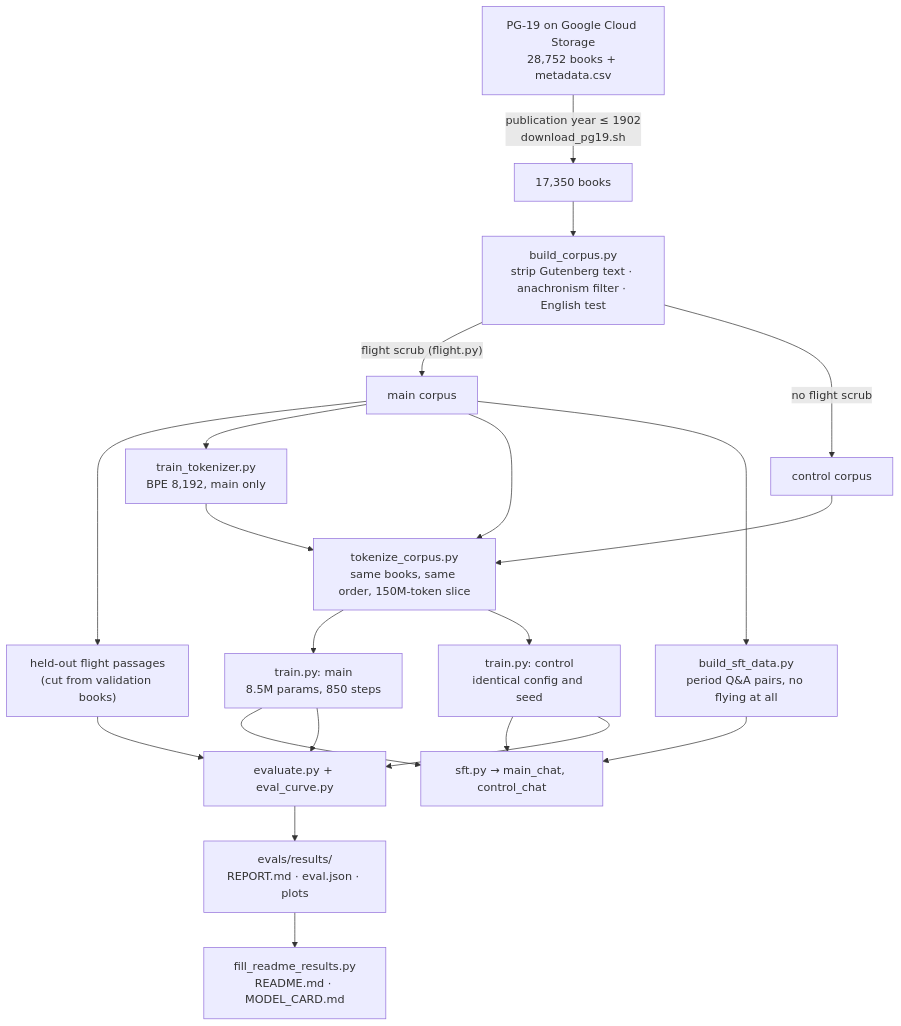
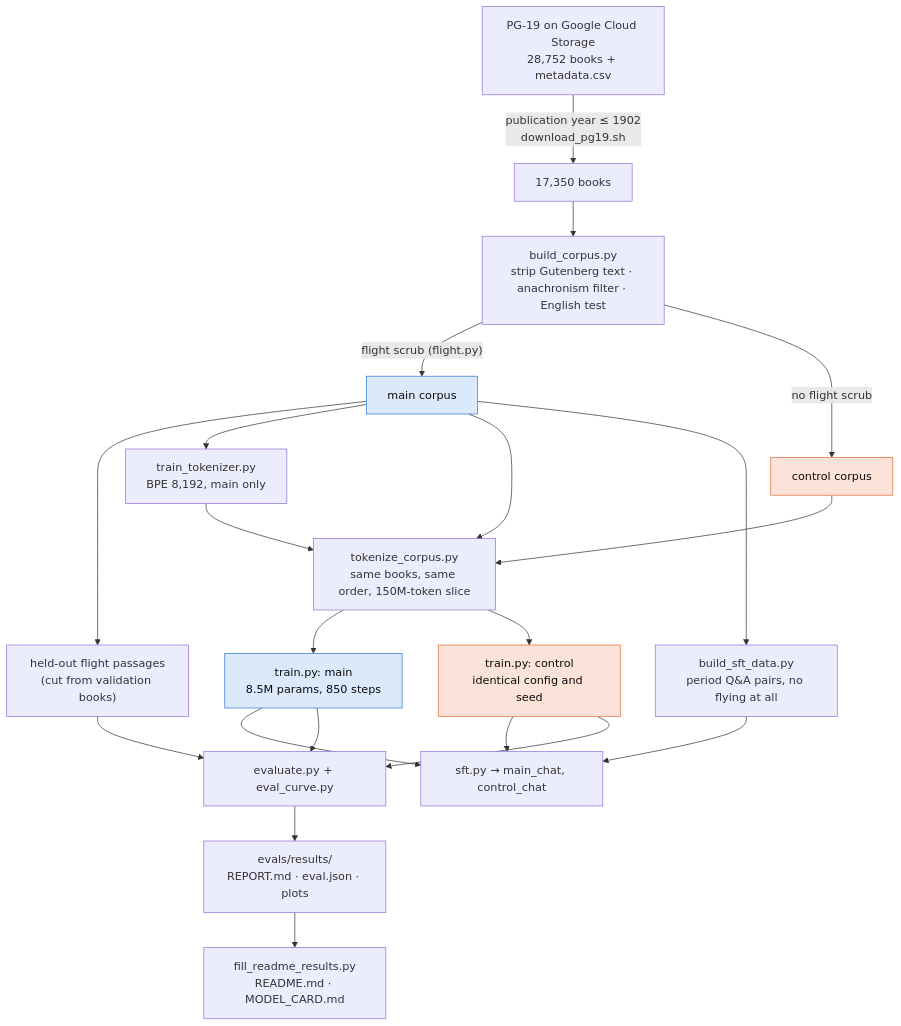
One commit to EricFinland/flight-ai-model- changed the first of 2 diagrams in README.md. Above: the diagram before and after it, drawn with Mermaid. The commit also changed other lines of this file and 8 other files, not shown here.

First line of the commit message:
Restructure README around diagrams and charts

````diff
--- a/README.md
+++ b/README.md
@@ -148,23 +14,27 @@
 ```mermaid
 flowchart TD
     A["PG-19 on Google Cloud Storage<br/>28,752 books + metadata.csv"] -->|"publication year ≤ 1902<br/>download_pg19.sh"| B["17,350 books"]
     B --> C["build_corpus.py<br/>strip Gutenberg text · anachronism filter · English test"]
     C -->|"flight scrub (flight.py)"| D["main corpus"]
     C -->|"no flight scrub"| E["control corpus"]
     D --> F["held-out flight passages<br/>(cut from validation books)"]
     D --> T["train_tokenizer.py<br/>BPE 8,192, main only"]
     T --> K["tokenize_corpus.py<br/>same books, same order, 150M-token slice"]
     D --> K
     E --> K
     K --> M["train.py: main<br/>8.5M params, 850 steps"]
     K --> N["train.py: control<br/>identical config and seed"]
     D --> S["build_sft_data.py<br/>period Q&A pairs, no flying at all"]
     M --> Q["sft.py → main_chat, control_chat"]
     N --> Q
     S --> Q
     M --> V["evaluate.py + eval_curve.py"]
     N --> V
     F --> V
     V --> R["evals/results/<br/>REPORT.md · eval.json · plots"]
     R --> W["fill_readme_results.py<br/>README.md · MODEL_CARD.md"]
+    classDef main fill:#dbe9fa,stroke:#2a78d6,color:#0b0b0b
+    classDef control fill:#fbe3d9,stroke:#eb6834,color:#0b0b0b
+    class D,M main
+    class E,N control
 ```
````
